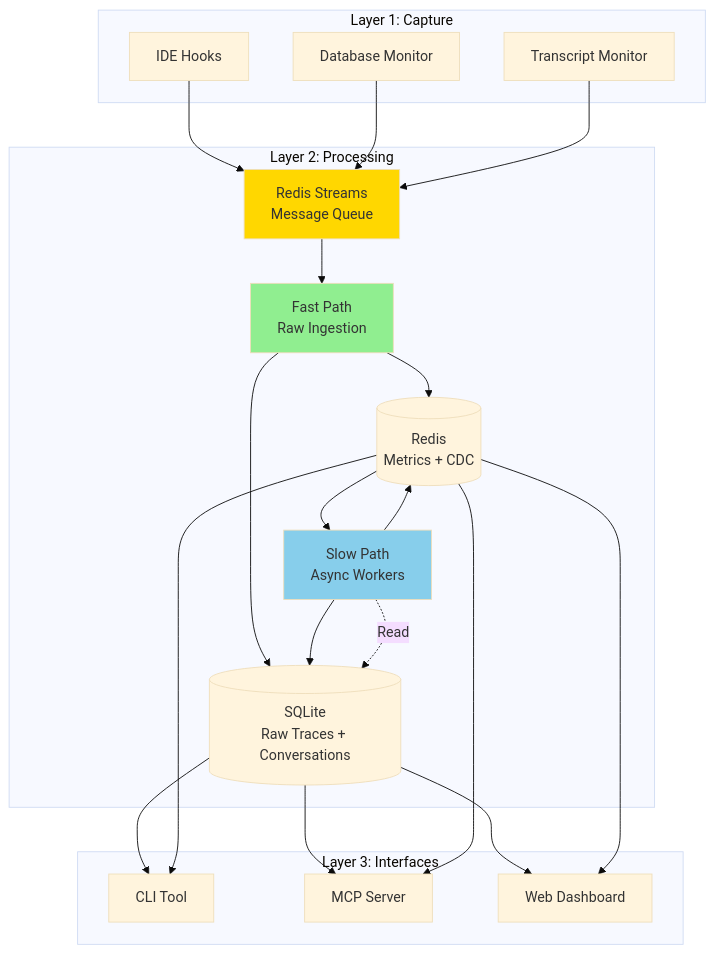
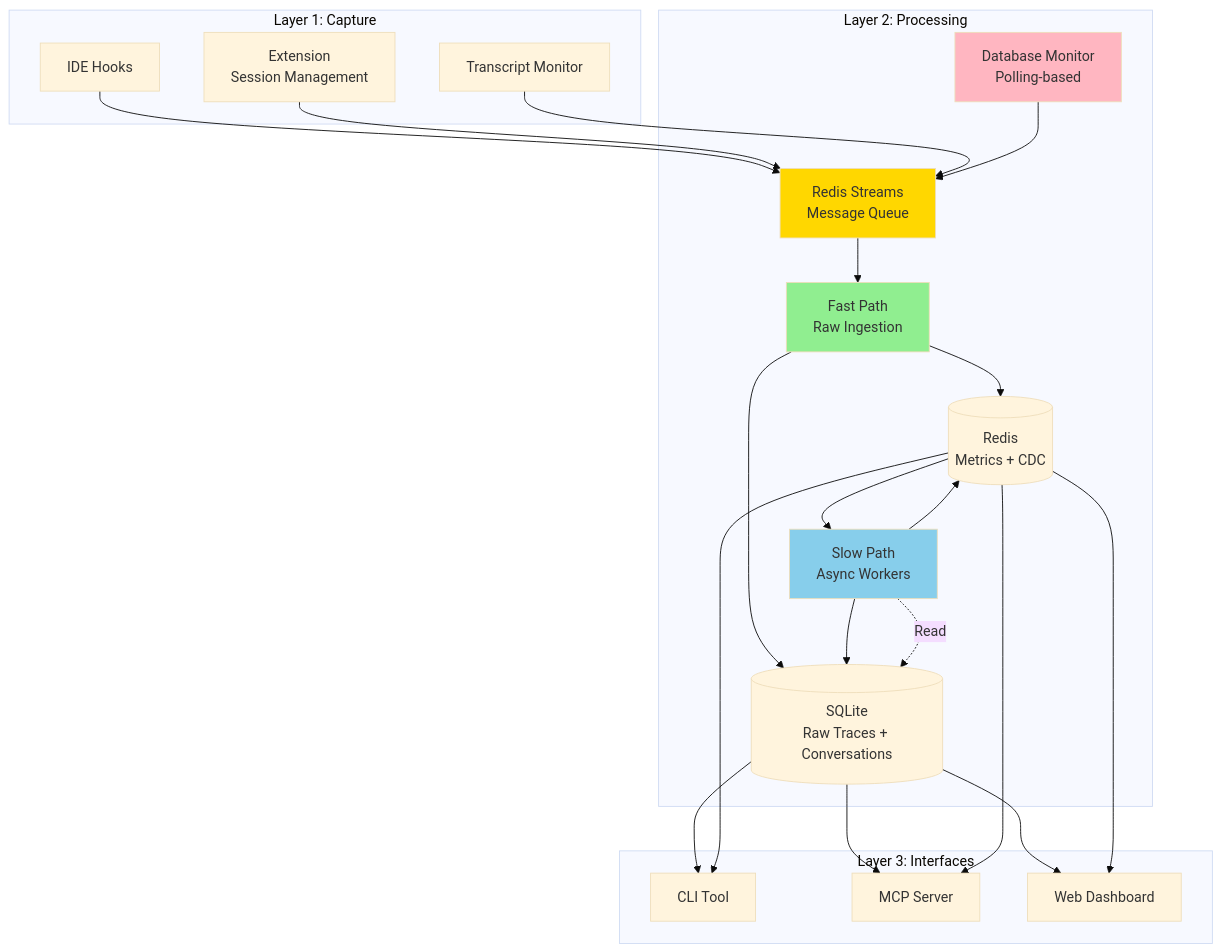
One commit to aculich/bp-telemetry-core changed the first of 3 diagrams in docs/ARCHITECTURE.md. Above: the diagram before and after it, drawn with Mermaid (base theme). The commit also changed other lines of this file and 4 other files, not shown here.

````diff
--- a/docs/ARCHITECTURE.md
+++ b/docs/ARCHITECTURE.md
@@ -39,44 +39,47 @@
 ```mermaid
 graph TB
     subgraph "Layer 1: Capture"
         HOOKS[IDE Hooks]
-        DBMON[Database Monitor]
+        EXT[Extension<br/>Session Management]
         TRANSCRIPT[Transcript Monitor]
     end
 
     subgraph "Layer 2: Processing"
         MQ[Redis Streams<br/>Message Queue]
+        DBMON[Database Monitor<br/>Polling-based]
         FAST[Fast Path<br/>Raw Ingestion]
         SLOW[Slow Path<br/>Async Workers]
         SQLITE[(SQLite<br/>Raw Traces + Conversations)]
         REDIS[(Redis<br/>Metrics + CDC)]
     end
 
     subgraph "Layer 3: Interfaces"
         CLI[CLI Tool]
         MCP[MCP Server]
         DASH[Web Dashboard]
     end
 
     HOOKS --> MQ
+    EXT --> MQ
+    TRANSCRIPT --> MQ
     DBMON --> MQ
-    TRANSCRIPT --> MQ
     MQ --> FAST
     FAST --> SQLITE
     FAST --> REDIS
     REDIS --> SLOW
     SLOW --> SQLITE
     SLOW --> REDIS
     SLOW -.->|Read| SQLITE
 
     SQLITE --> CLI
     REDIS --> CLI
     SQLITE --> MCP
     REDIS --> MCP
     SQLITE --> DASH
     REDIS --> DASH
 
     style FAST fill:#90EE90
     style SLOW fill:#87CEEB
     style MQ fill:#FFD700
+    style DBMON fill:#FFB6C1
 ```
````
